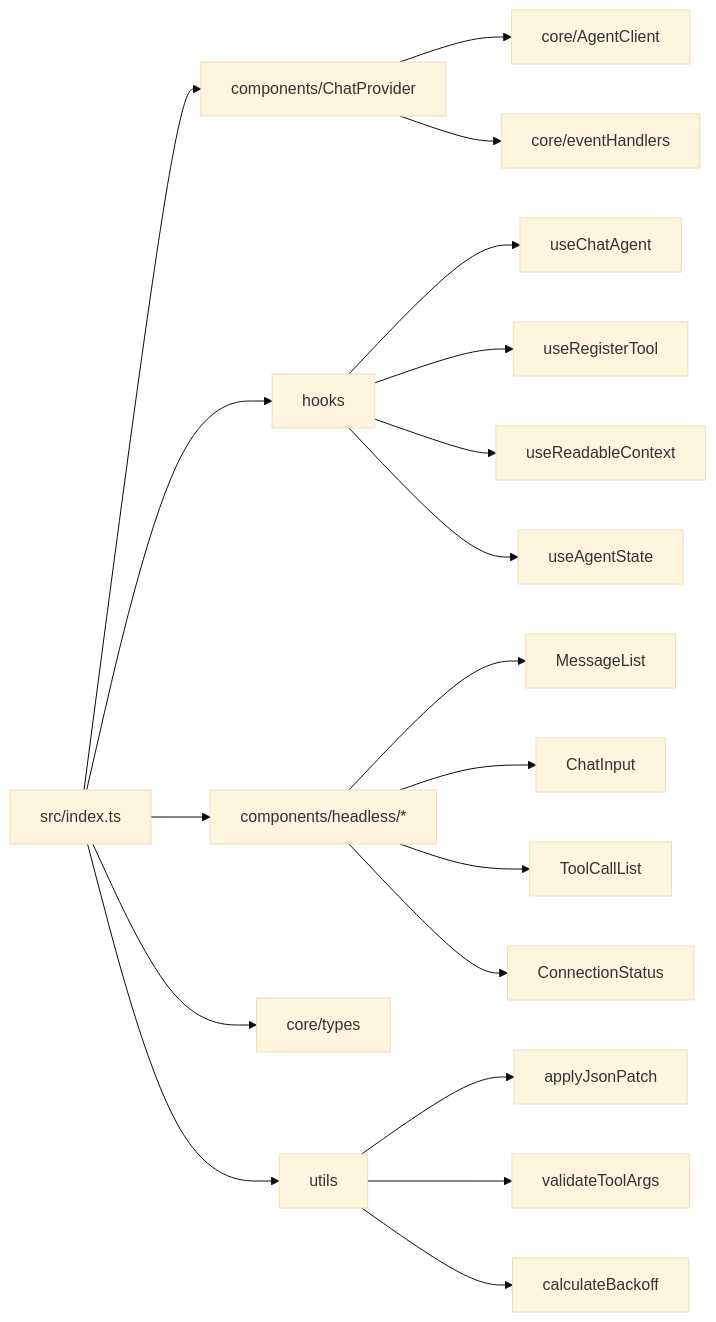
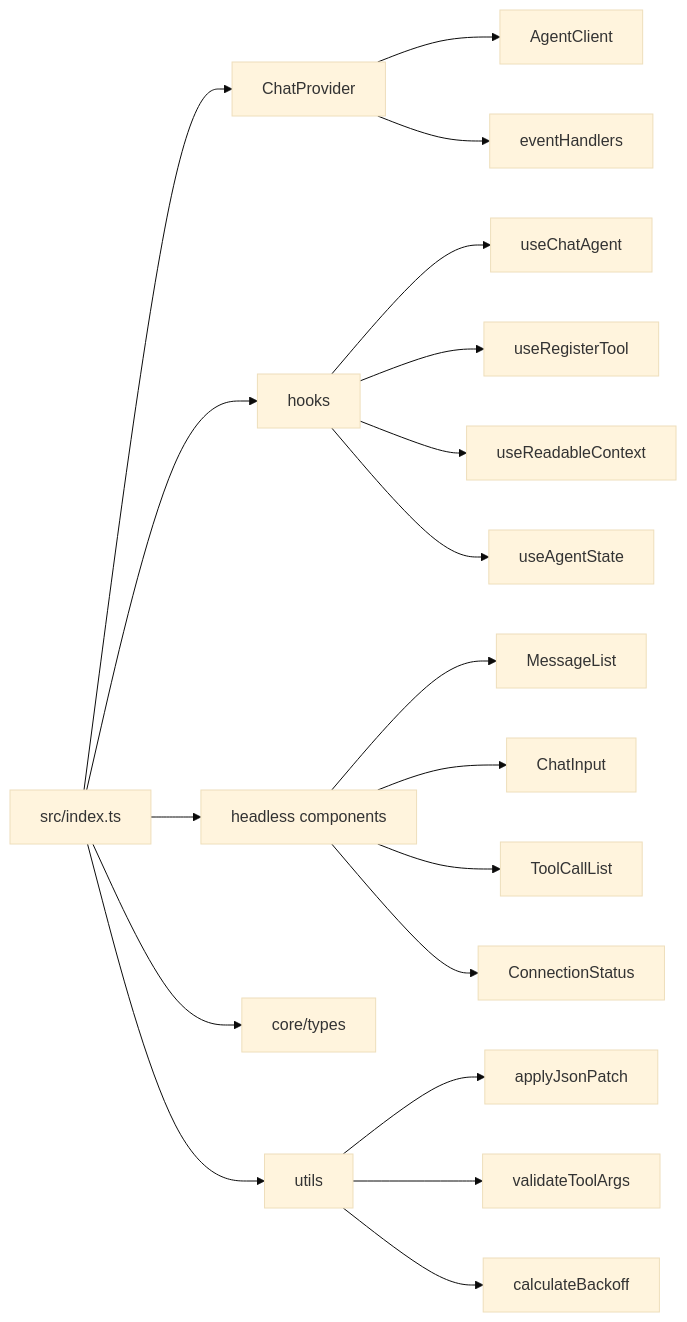
Before and after one commit to PiotrMieszczak/chat_ag_ui: the fourth of 4 diagrams in README.md, drawn with Mermaid (base theme). The commit also changed other lines of this file, not shown here.

Commit message:
docs: fix Mermaid diagram syntax for GitHub renderer

````diff
--- a/README.md
+++ b/README.md
@@ -299,25 +301,25 @@
 ```mermaid
 graph LR
-    idx[src/index.ts] --> CP[components/ChatProvider]
-    idx --> hooks
-    idx --> headless[components/headless/*]
-    idx --> types[core/types]
-    idx --> utils
+    idx["src/index.ts"] --> CP["ChatProvider"]
+    idx --> HK["hooks"]
+    idx --> HL["headless components"]
+    idx --> TY["core/types"]
+    idx --> UT["utils"]
 
-    CP --> AC[core/AgentClient]
-    CP --> EH[core/eventHandlers]
+    CP --> AC["AgentClient"]
+    CP --> EH["eventHandlers"]
 
-    hooks --> useChatAgent
-    hooks --> useRegisterTool
-    hooks --> useReadableContext
-    hooks --> useAgentState
+    HK --> h1["useChatAgent"]
+    HK --> h2["useRegisterTool"]
+    HK --> h3["useReadableContext"]
+    HK --> h4["useAgentState"]
 
-    headless --> MessageList
-    headless --> ChatInput
-    headless --> ToolCallList
-    headless --> ConnectionStatus
+    HL --> c1["MessageList"]
+    HL --> c2["ChatInput"]
+    HL --> c3["ToolCallList"]
+    HL --> c4["ConnectionStatus"]
 
-    utils --> applyJsonPatch
-    utils --> validateToolArgs
-    utils --> calculateBackoff
+    UT --> u1["applyJsonPatch"]
+    UT --> u2["validateToolArgs"]
+    UT --> u3["calculateBackoff"]
 ```
````
